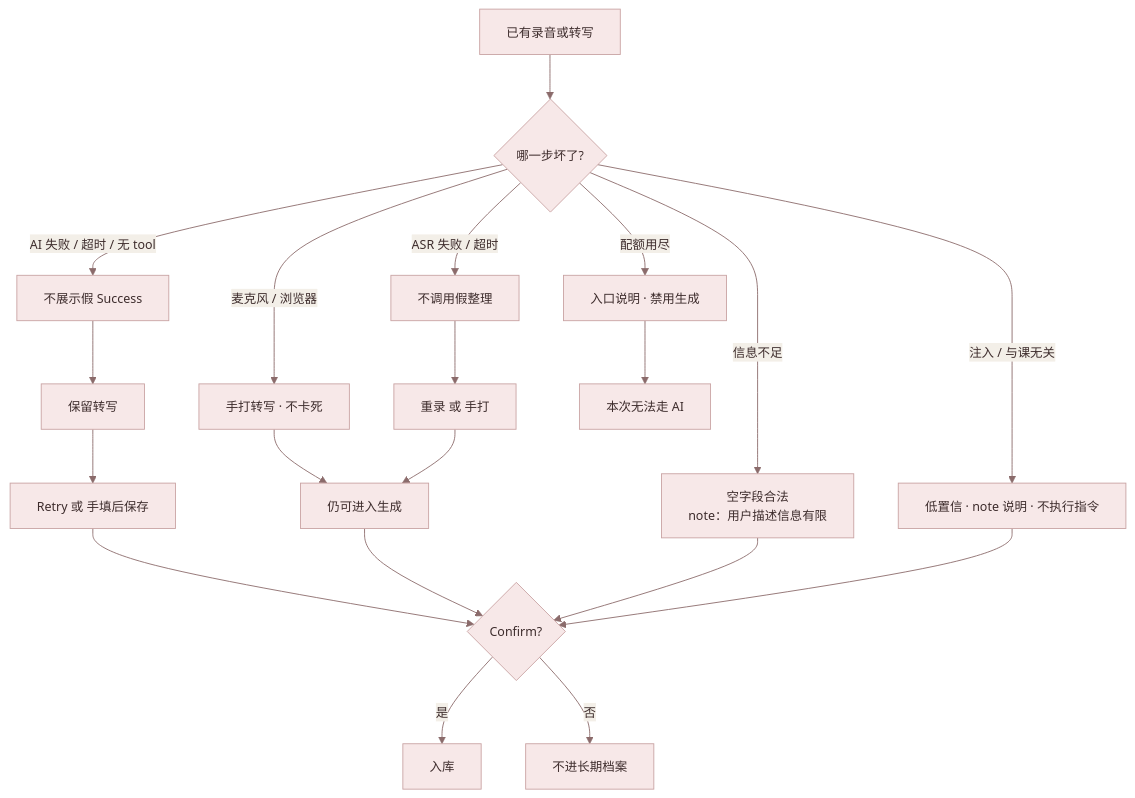
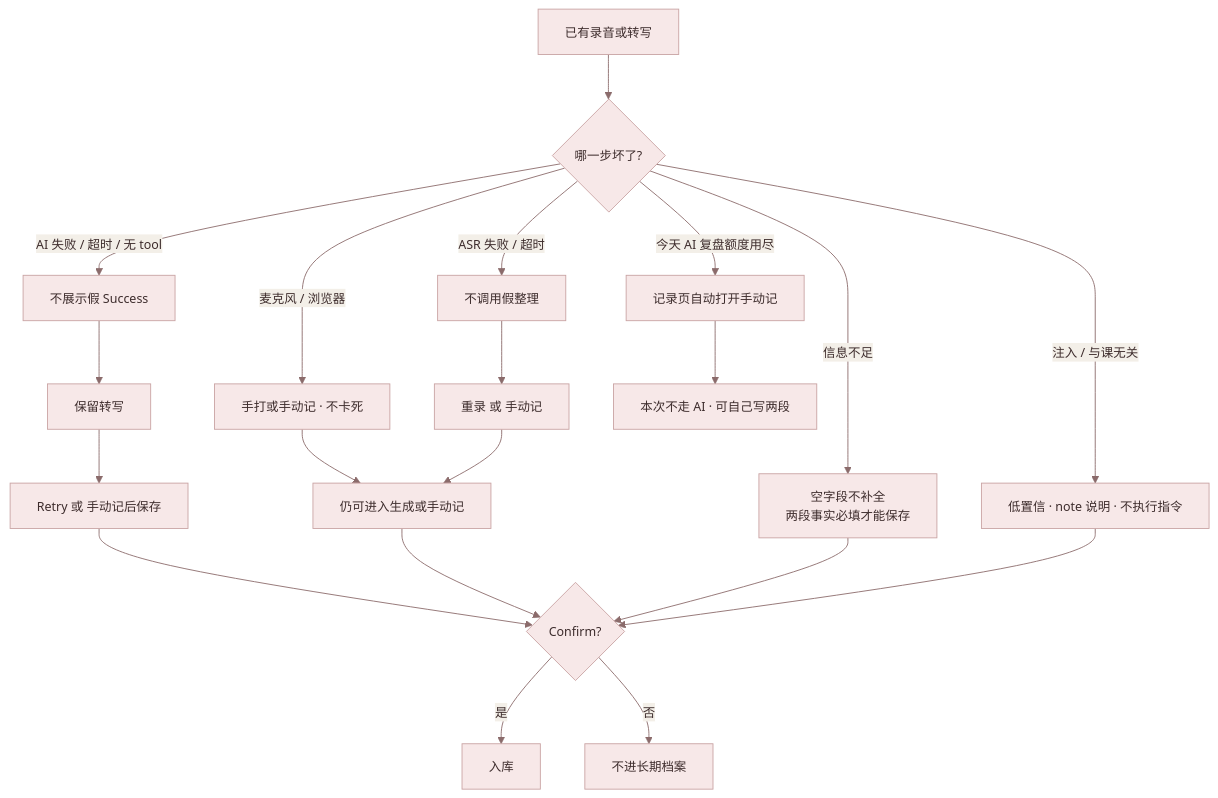
Before and after one commit to zuoyingchang/balletmind-app: the diagram in docs/pm_docs/2.0_user_flow_degrade.mmd, drawn with Mermaid. The commit also changed 26 other files, not shown here.

Commit message:
Update 2.0 docs and flow diagrams; add a rule not to commit or push without asking.

```diff
--- a/docs/pm_docs/2.0_user_flow_degrade.mmd
+++ b/docs/pm_docs/2.0_user_flow_degrade.mmd
@@ -1,23 +1,23 @@
 %%{init: {'theme':'base', 'themeVariables': { 'primaryColor':'#F7E8E8','primaryTextColor':'#3D2C2C','primaryBorderColor':'#C9A3A3','lineColor':'#8B6B6B','secondaryColor':'#F3EFE8','tertiaryColor':'#FFF8F5','fontFamily':'PingFang SC, Noto Sans SC, sans-serif','fontSize':'14px'}}}%%
 flowchart TD
   IN[已有录音或转写] --> A{哪一步坏了?}
 
-  A -->|麦克风 / 浏览器| B[手打转写 · 不卡死]
+  A -->|麦克风 / 浏览器| B[手打或手动记 · 不卡死]
   A -->|ASR 失败 / 超时| C[不调用假整理]
-  C --> D[重录 或 手打]
+  C --> D[重录 或 手动记]
   A -->|AI 失败 / 超时 / 无 tool| E[不展示假 Success]
   E --> F[保留转写]
-  F --> G[Retry 或 手填后保存]
-  A -->|配额用尽| H[入口说明 · 禁用生成]
-  A -->|信息不足| I[空字段合法<br/>note：用户描述信息有限]
+  F --> G[Retry 或 手动记后保存]
+  A -->|今天 AI 复盘额度用尽| H[记录页自动打开手动记]
+  A -->|信息不足| I[空字段不补全<br/>两段事实必填才能保存]
   A -->|注入 / 与课无关| J[低置信 · note 说明 · 不执行指令]
 
-  B --> K[仍可进入生成]
+  B --> K[仍可进入生成或手动记]
   D --> K
   G --> L{Confirm?}
   K --> L
-  H --> M[本次无法走 AI]
+  H --> M[本次不走 AI · 可自己写两段]
   I --> L
   J --> L
   L -->|是| N[入库]
   L -->|否| O[不进长期档案]
```
